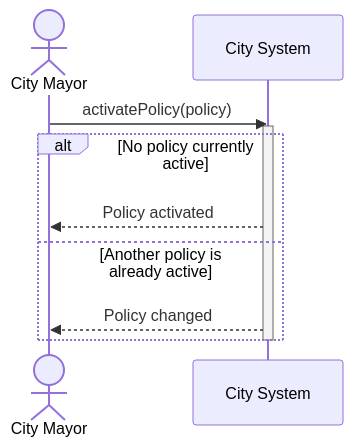
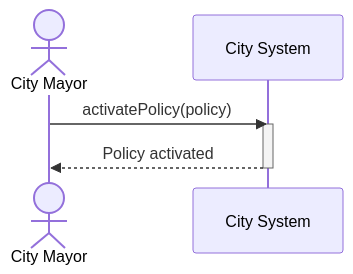
One commit to andreatoson3-netizen/Amatriciana changed the diagram in docs/SSD/ssd-manage-city-policies.md. Above: the diagram before and after it, drawn with Mermaid.

````diff
--- a/docs/SSD/ssd-manage-city-policies.md
+++ b/docs/SSD/ssd-manage-city-policies.md
@@ -1,16 +1,12 @@
 ```mermaid
 sequenceDiagram
     actor Mayor as City Mayor
     participant System as City System
 
     Mayor->>System: activatePolicy(policy)
     activate System
 
-    alt No policy currently active
-        System-->>Mayor: Policy activated
-    else Another policy is already active
-        System-->>Mayor: Policy changed
-    end
+    System-->>Mayor: Policy activated
 
     deactivate System
 ```
````
